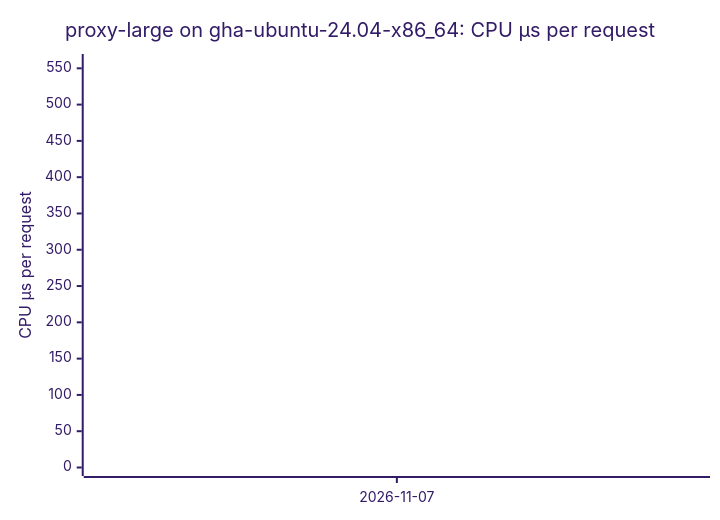
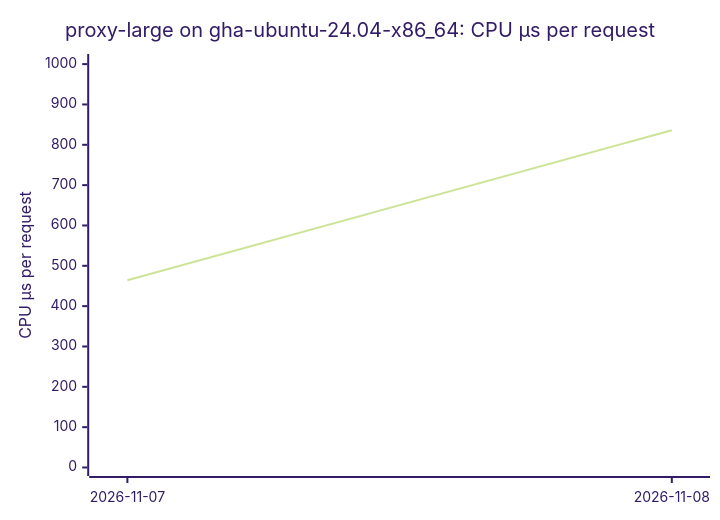
One commit to ThePixelPilgrim/durchlauferhitzer changed the sixth of 16 diagrams in BENCHMARKS.md. Above: the diagram before and after it, drawn with Mermaid (forest theme). The commit also changed other lines of this file and 1 other file, not shown here.

````diff
--- a/BENCHMARKS.md
+++ b/BENCHMARKS.md
@@ -75,7 +75,7 @@
 ```mermaid
 xychart-beta
   title "proxy-large on gha-ubuntu-24.04-x86_64: CPU µs per request"
-  x-axis ["2026-11-07"]
-  y-axis "CPU µs per request" 0 --> 558
-  line [464.25]
+  x-axis ["2026-11-07", "2026-11-08"]
+  y-axis "CPU µs per request" 0 --> 1004
+  line [464.25, 836.13]
 ```
````
